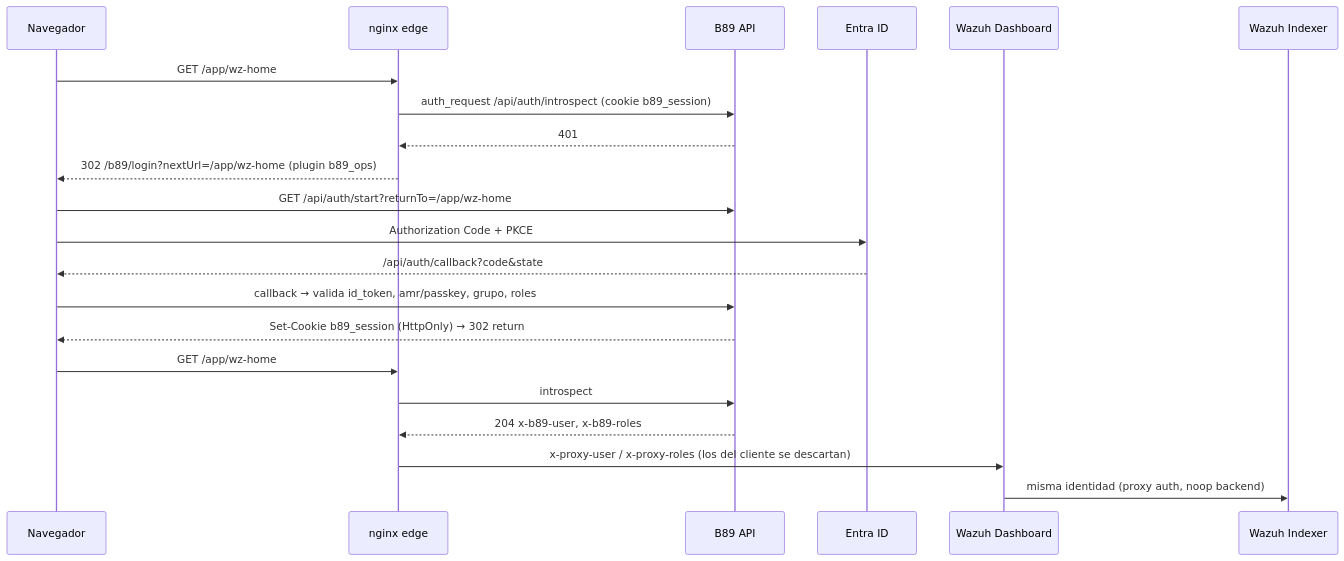
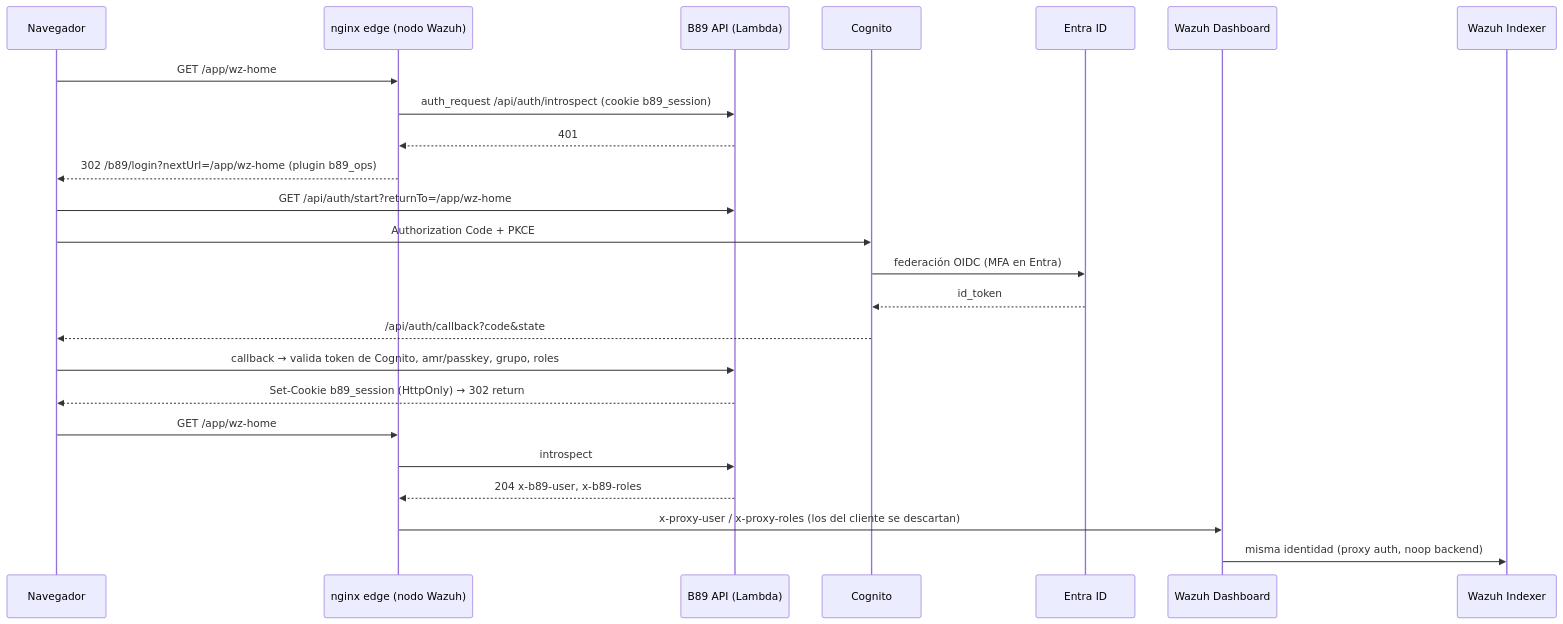
Before and after one commit to CyberStill-GmbH/b89-secops: the diagram in docs/04-identidad-y-acceso.md, drawn with Mermaid. The commit also changed other lines of this file and 45 other files, not shown here.

````diff
--- a/docs/04-identidad-y-acceso.md
+++ b/docs/04-identidad-y-acceso.md
@@ -22,23 +32,26 @@
 ```mermaid
 sequenceDiagram
   participant B as Navegador
-  participant N as nginx edge
-  participant Q as B89 API
+  participant N as nginx edge (nodo Wazuh)
+  participant Q as B89 API (Lambda)
+  participant C as Cognito
   participant E as Entra ID
   participant D as Wazuh Dashboard
   participant I as Wazuh Indexer
   B->>N: GET /app/wz-home
   N->>Q: auth_request /api/auth/introspect (cookie b89_session)
   Q-->>N: 401
   N-->>B: 302 /b89/login?nextUrl=/app/wz-home (plugin b89_ops)
   B->>Q: GET /api/auth/start?returnTo=/app/wz-home
-  B->>E: Authorization Code + PKCE
-  E-->>B: /api/auth/callback?code&state
-  B->>Q: callback → valida id_token, amr/passkey, grupo, roles
+  B->>C: Authorization Code + PKCE
+  C->>E: federación OIDC (MFA en Entra)
+  E-->>C: id_token
+  C-->>B: /api/auth/callback?code&state
+  B->>Q: callback → valida token de Cognito, amr/passkey, grupo, roles
   Q-->>B: Set-Cookie b89_session (HttpOnly) → 302 return
   B->>N: GET /app/wz-home
   N->>Q: introspect
   Q-->>N: 204 x-b89-user, x-b89-roles
   N->>D: x-proxy-user / x-proxy-roles (los del cliente se descartan)
   D->>I: misma identidad (proxy auth, noop backend)
 ```
````
